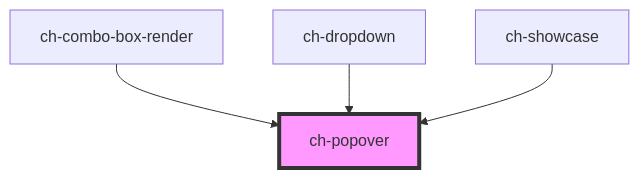
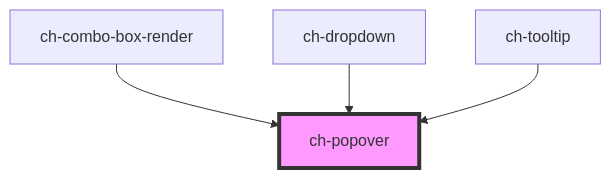
Before and after one commit to genexuslabs/chameleon-controls-library: the diagram in src/components/popover/readme.md, drawn with Mermaid. The commit also changed other lines of this file and 25 other files, not shown here.

````diff
--- a/src/components/popover/readme.md
+++ b/src/components/popover/readme.md
@@ -70,7 +70,7 @@
 ```mermaid
 graph TD;
   ch-combo-box-render --> ch-popover
   ch-dropdown --> ch-popover
-  ch-showcase --> ch-popover
+  ch-tooltip --> ch-popover
   style ch-popover fill:#f9f,stroke:#333,stroke-width:4px
 ```
````
